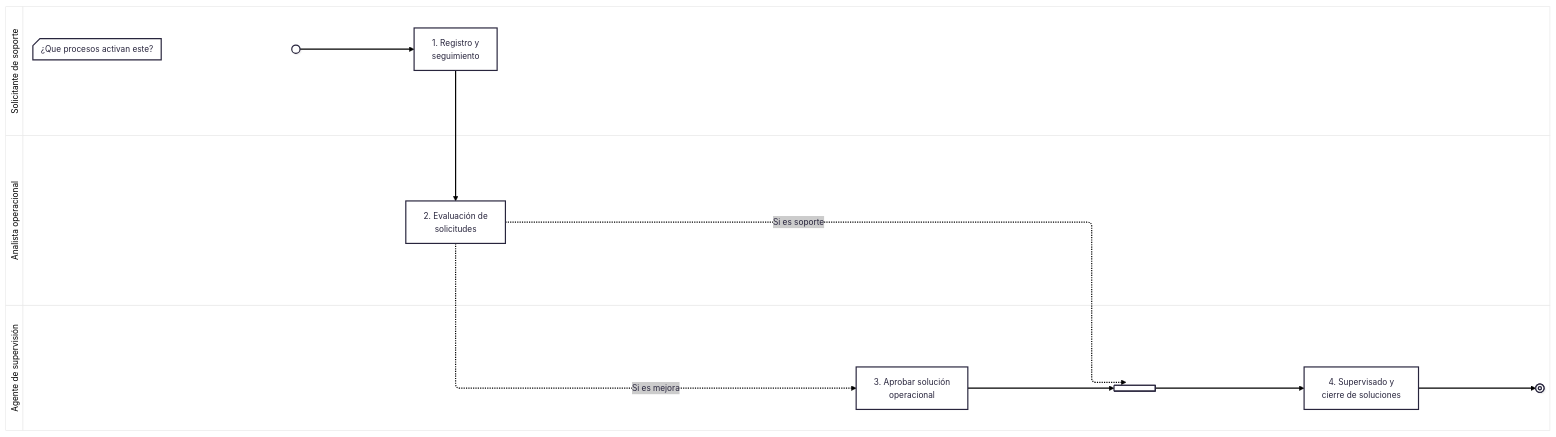
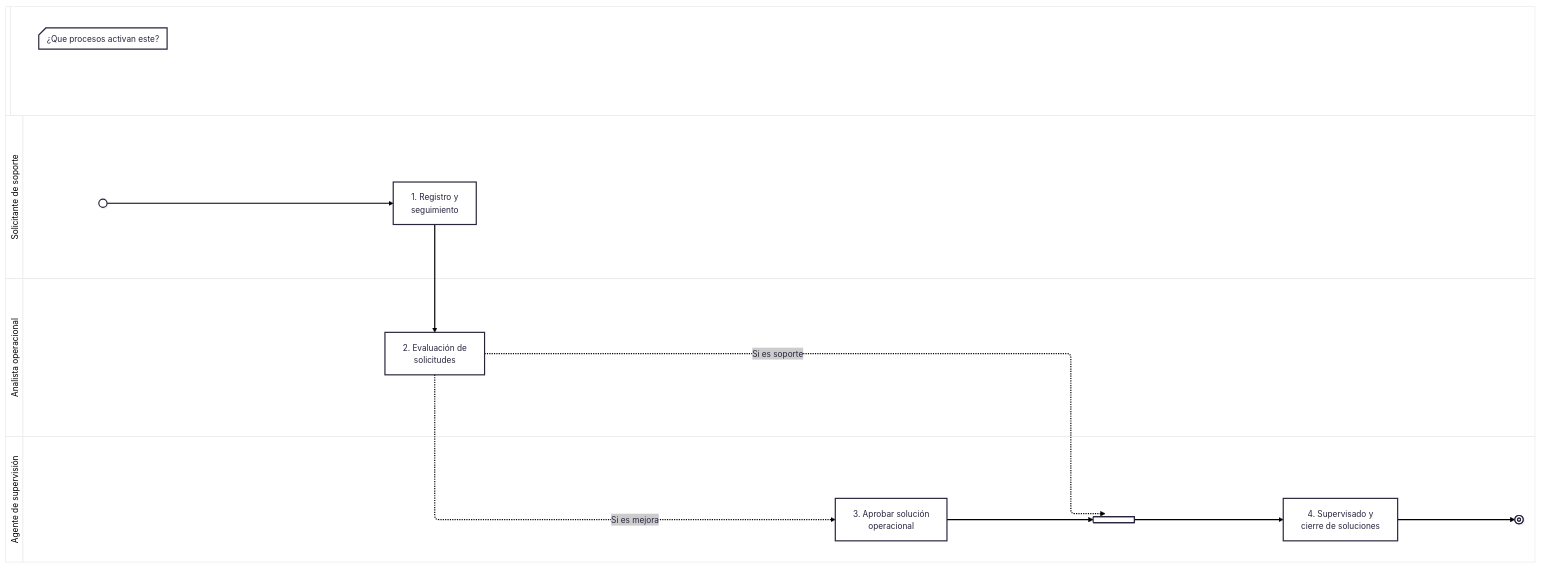
Before and after one commit to the-alive-lab/vslices: the diagram in products/docs-standard/diagramas/work-coordination-diagram.md, drawn with Mermaid.

Commit message:
Fix duplicate label in work coordination diagram

````diff
--- a/products/docs-standard/diagramas/work-coordination-diagram.md
+++ b/products/docs-standard/diagramas/work-coordination-diagram.md
@@ -64,28 +64,29 @@
 ```mermaid
 ---
 config:
   theme: redux-color
 ---
 swimlane-beta LR
+    dudaInicio@{ shape: notch-rect, label: "¿Que procesos activan este?" }
+
     subgraph solicitante ["Solicitante de soporte"]
-        dudaInicio@{ shape: notch-rect, label: "¿Que procesos activan este?" }
         inicio@{ shape: sm-circ }
         registrar["1. Registro y<br/>seguimiento"]
     end
 
     subgraph analista ["Analista operacional"]
         evaluar["2. Evaluación de<br/>solicitudes"]
     end
 
     subgraph agente ["Agente de supervisión"]
         aprobar["3. Aprobar solución<br/>operacional"]
         sync@{ shape: fork }
         supervisar["4. Supervisado y<br/>cierre de soluciones"]
         fin@{ shape: framed-circle }
     end
 
     dudaInicio ~~~ inicio --> registrar --> evaluar
     evaluar -.->|"Si es soporte"| sync
     evaluar -.->|"Si es mejora"| aprobar
     aprobar --> sync --> supervisar --> fin
 ```
````
